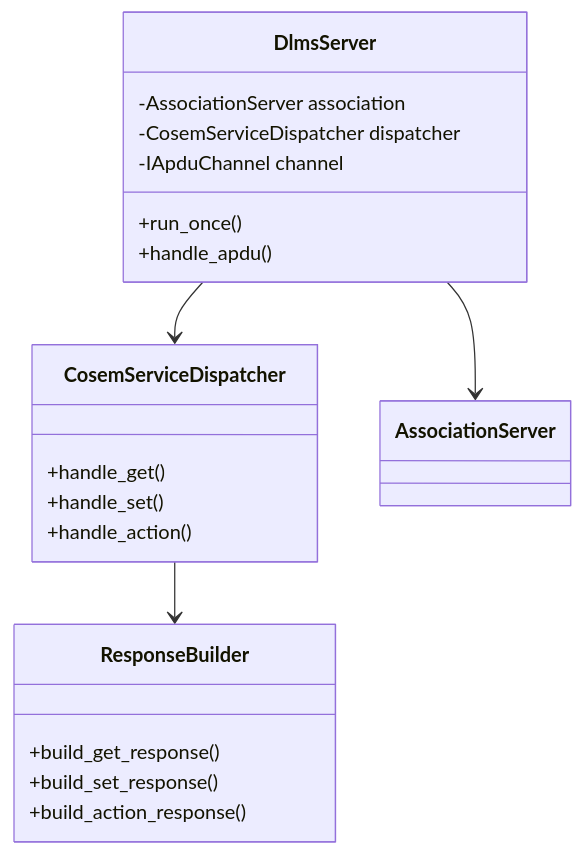
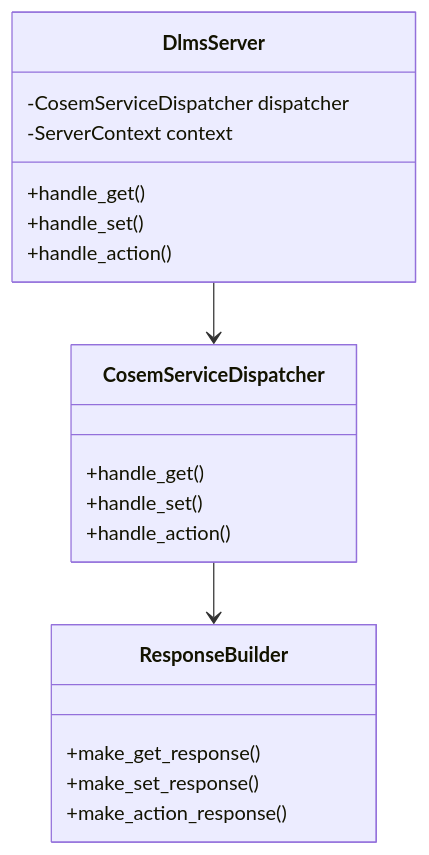
The tenth of 12 diagrams in docs/system_architecture.md (gvtret/dlms), drawn with Mermaid before and after one commit. The commit also changed other lines of this file, not shown here.

````diff
--- a/docs/system_architecture.md
+++ b/docs/system_architecture.md
@@ -674,26 +692,25 @@
 ```mermaid
 classDiagram
   class DlmsServer {
-    -AssociationServer association
     -CosemServiceDispatcher dispatcher
-    -IApduChannel channel
-    +run_once()
-    +handle_apdu()
+    -ServerContext context
+    +handle_get()
+    +handle_set()
+    +handle_action()
   }
 
   class CosemServiceDispatcher {
     +handle_get()
     +handle_set()
     +handle_action()
   }
 
   class ResponseBuilder {
-    +build_get_response()
-    +build_set_response()
-    +build_action_response()
+    +make_get_response()
+    +make_set_response()
+    +make_action_response()
   }
 
-  DlmsServer --> AssociationServer
   DlmsServer --> CosemServiceDispatcher
   CosemServiceDispatcher --> ResponseBuilder
 ```
````
